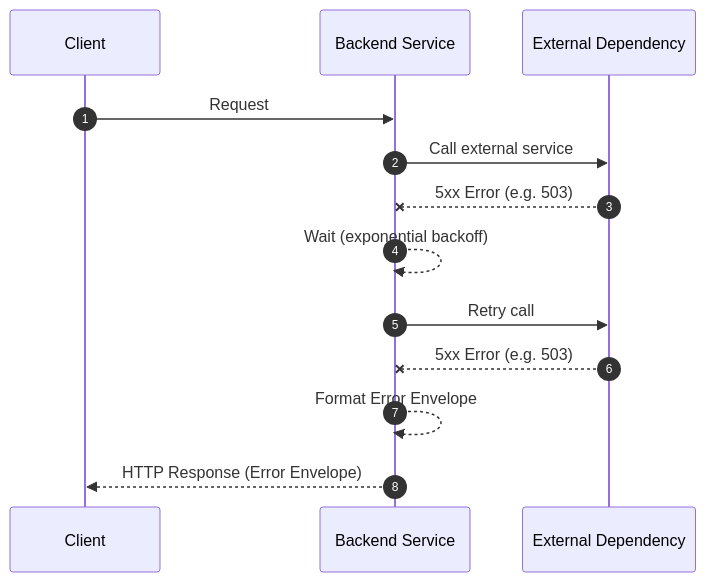
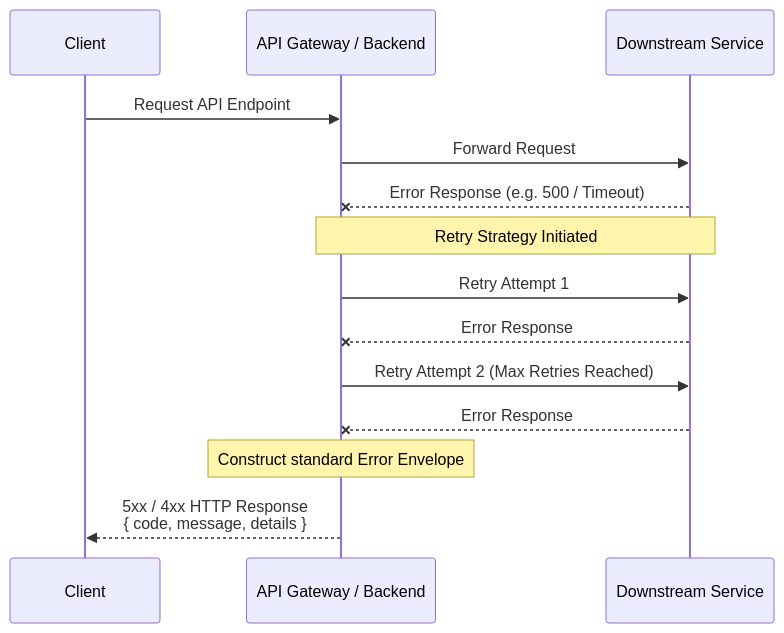
One commit to alimtvnetwork/cat-my-v12 changed the diagram in docs/diagrams/backend-v1/07-error-envelope-sequence.mmd. Above: the diagram before and after it, drawn with Mermaid. The commit also changed 1 other file, not shown here.

Commit message:
docs: add sequence diagrams for error envelope and mode fallback (Steps 102-103)

```diff
--- a/docs/diagrams/backend-v1/07-error-envelope-sequence.mmd
+++ b/docs/diagrams/backend-v1/07-error-envelope-sequence.mmd
@@ -1,14 +1,20 @@
 sequenceDiagram
-    autonumber
-    participant Client
-    participant Backend as Backend Service
-    participant External as External Dependency
-
-    Client->>Backend: Request
-    Backend->>External: Call external service
-    External--xBackend: 5xx Error (e.g. 503)
-    Backend-->>Backend: Wait (exponential backoff)
-    Backend->>External: Retry call
-    External--xBackend: 5xx Error (e.g. 503)
-    Backend-->>Backend: Format Error Envelope
-    Backend-->>Client: HTTP Response (Error Envelope)
+    participant C as Client
+    participant A as API Gateway / Backend
+    participant S as Downstream Service
+    
+    C->>A: Request API Endpoint
+    A->>S: Forward Request
+    S--xA: Error Response (e.g. 500 / Timeout)
+    
+    Note over A,S: Retry Strategy Initiated
+    
+    A->>S: Retry Attempt 1
+    S--xA: Error Response
+    
+    A->>S: Retry Attempt 2 (Max Retries Reached)
+    S--xA: Error Response
+    
+    Note over A: Construct standard Error Envelope
+    
+    A-->>C: 5xx / 4xx HTTP Response<br/>{ code, message, details }
```
